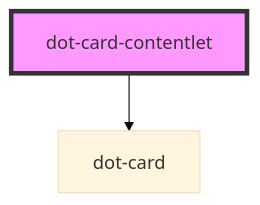
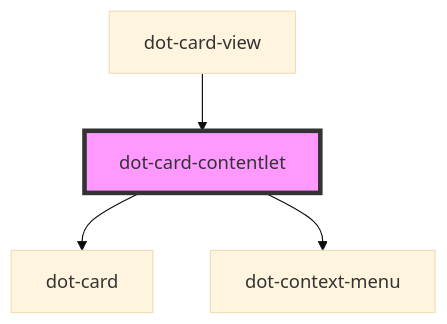
The diagram in src/components/dot-card-contentlet/readme.md (dotCMS/dotcms-webcomponents), drawn with Mermaid (base theme) before and after one commit. The commit also changed other lines of this file and 6 other files, not shown here.

````diff
--- a/src/components/dot-card-contentlet/readme.md
+++ b/src/components/dot-card-contentlet/readme.md
@@ -29,5 +34,7 @@
 ```mermaid
 graph TD;
   dot-card-contentlet --> dot-card
+  dot-card-contentlet --> dot-context-menu
+  dot-card-view --> dot-card-contentlet
   style dot-card-contentlet fill:#f9f,stroke:#333,stroke-width:4px
 ```
````
